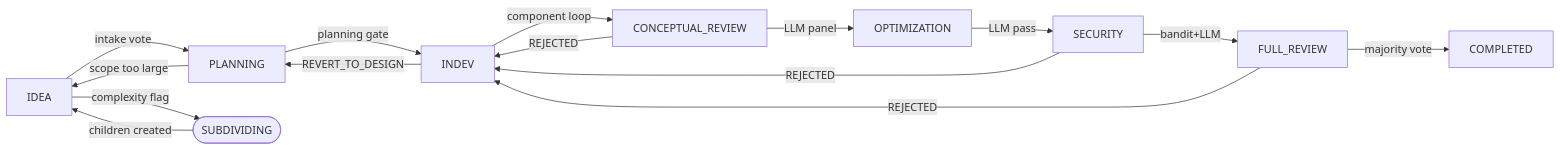
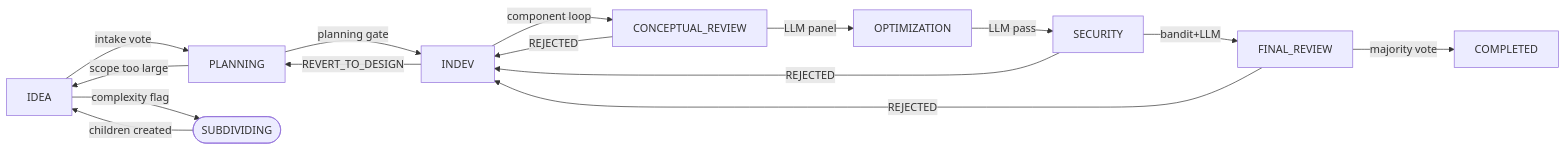
Before and after one commit to noferengi/maestro: the first of 2 diagrams in ARCHITECTURE.md, drawn with Mermaid. The commit also changed other lines of this file and 70 other files, not shown here.

First line of the commit message:
fix: Research Agent submit-loop, full_review→final_review stranding, turn warning guidance

````diff
--- a/ARCHITECTURE.md
+++ b/ARCHITECTURE.md
@@ -70,19 +70,19 @@
 ```mermaid
 flowchart LR
     IDEA -->|intake vote| PLANNING
     PLANNING -->|planning gate| INDEV
     INDEV -->|component loop| CR[CONCEPTUAL_REVIEW]
     CR -->|LLM panel| OPT[OPTIMIZATION]
     OPT -->|LLM pass| SEC[SECURITY]
-    SEC -->|bandit+LLM| FR[FULL_REVIEW]
+    SEC -->|bandit+LLM| FR[FINAL_REVIEW]
     FR -->|majority vote| COMPLETED
 
     PLANNING -->|scope too large| IDEA
     INDEV -->|REVERT_TO_DESIGN| PLANNING
     CR -->|REJECTED| INDEV
     SEC -->|REJECTED| INDEV
     FR -->|REJECTED| INDEV
 
     IDEA -->|complexity flag| SUBDIVIDING([SUBDIVIDING])
     SUBDIVIDING -->|children created| IDEA
 ```
````
